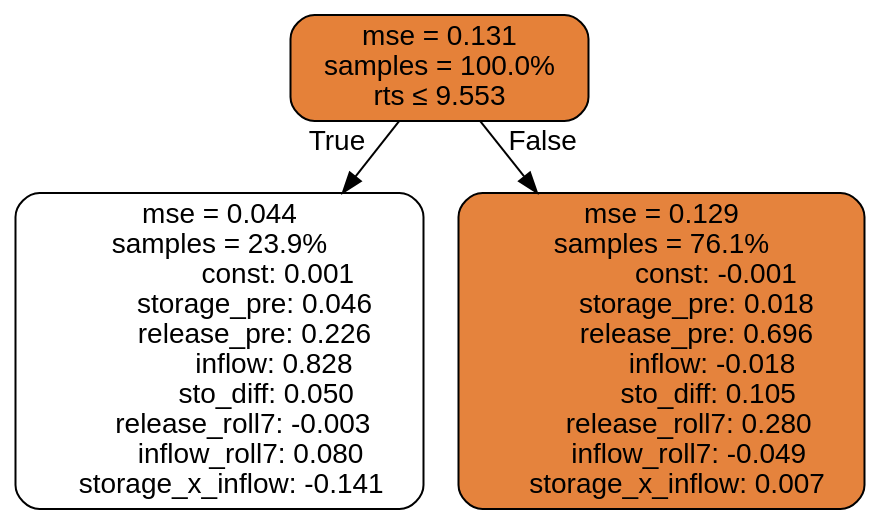
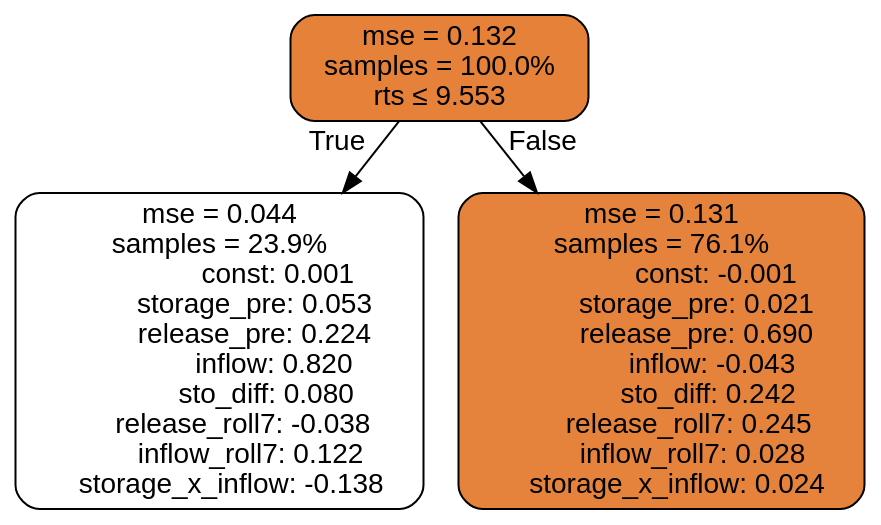
Before and after one commit to lcford2/predict-release: the diagram in results/tclr_model_drop_res_sto_diff/all/TD1_RT_MS_exhaustive/tree.dot, drawn with Graphviz. The commit also changed 13 other files, not shown here.

```diff
--- a/results/tclr_model_drop_res_sto_diff/all/TD1_RT_MS_exhaustive/tree.dot
+++ b/results/tclr_model_drop_res_sto_diff/all/TD1_RT_MS_exhaustive/tree.dot
@@ -1,31 +1,31 @@
 digraph tree {
 bgcolor="transparent"
 node [shape=rectangle, style="filled, rounded", color="black", fontname=helvetica] ;
 edge [fontname=helvetica] ;
-	"0" [label="mse = 0.131
+	"0" [label="mse = 0.132
 samples = 100.0%
 rts &le; 9.553", fillcolor="#e58139"]
 	"1" [label="mse = 0.044
 samples = 23.9%
                 const: 0.001
-          storage_pre: 0.046
-          release_pre: 0.226
-               inflow: 0.828
-             sto_diff: 0.050
-       release_roll7: -0.003
-         inflow_roll7: 0.080
-    storage_x_inflow: -0.141", fillcolor="#ffffff"]
-	"2" [label="mse = 0.129
+          storage_pre: 0.053
+          release_pre: 0.224
+               inflow: 0.820
+             sto_diff: 0.080
+       release_roll7: -0.038
+         inflow_roll7: 0.122
+    storage_x_inflow: -0.138", fillcolor="#ffffff"]
+	"2" [label="mse = 0.131
 samples = 76.1%
                const: -0.001
-          storage_pre: 0.018
-          release_pre: 0.696
-              inflow: -0.018
-             sto_diff: 0.105
-        release_roll7: 0.280
-        inflow_roll7: -0.049
-     storage_x_inflow: 0.007", fillcolor="#e5833d"]
+          storage_pre: 0.021
+          release_pre: 0.690
+              inflow: -0.043
+             sto_diff: 0.242
+        release_roll7: 0.245
+         inflow_roll7: 0.028
+     storage_x_inflow: 0.024", fillcolor="#e5833c"]
 
 	"0" -> "1" [labeldistance=2.5, labelangle=45, headlabel="True"]
 	"0" -> "2" [labeldistance=2.5, labelangle=-45, headlabel="False"]
 }
```
